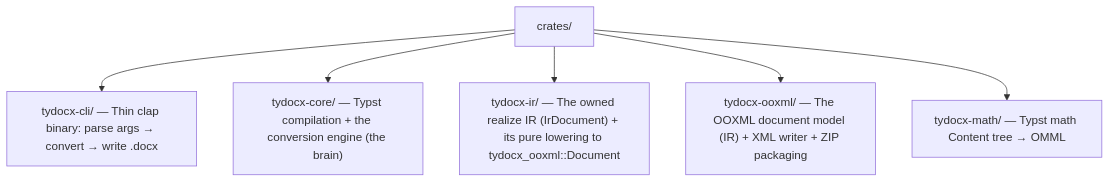
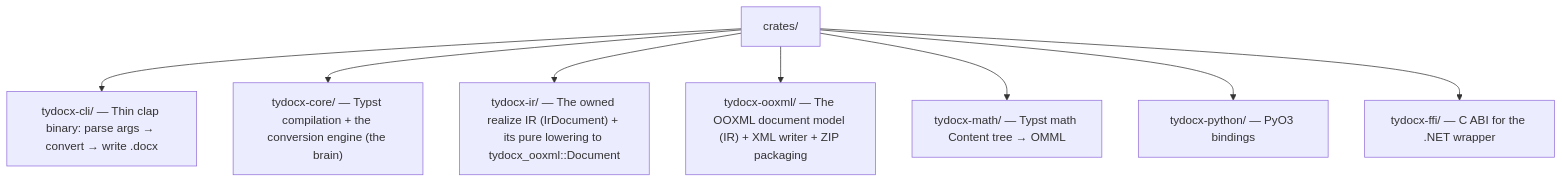
Before and after one commit to kwadraten/tydocx: the second of 2 diagrams in docs/ARCHITECTURE.md, drawn with Mermaid. The commit also changed other lines of this file and 31 other files, not shown here.

````diff
--- a/docs/ARCHITECTURE.md
+++ b/docs/ARCHITECTURE.md
@@ -192,8 +192,10 @@
 ```mermaid
 flowchart TD
     CRATES["crates/"] --> CLI["tydocx-cli/ — Thin clap binary: parse args → convert → write .docx"]
     CRATES --> CORE["tydocx-core/ — Typst compilation + the conversion engine (the brain)"]
     CRATES --> IR["tydocx-ir/ — The owned realize IR (IrDocument) + its pure lowering to tydocx_ooxml::Document"]
     CRATES --> OOXML["tydocx-ooxml/ — The OOXML document model (IR) + XML writer + ZIP packaging"]
     CRATES --> MATH["tydocx-math/ — Typst math Content tree → OMML"]
+    CRATES --> PYTHON["tydocx-python/ — PyO3 bindings"]
+    CRATES --> FFI["tydocx-ffi/ — C ABI for the .NET wrapper"]
 ```
````
